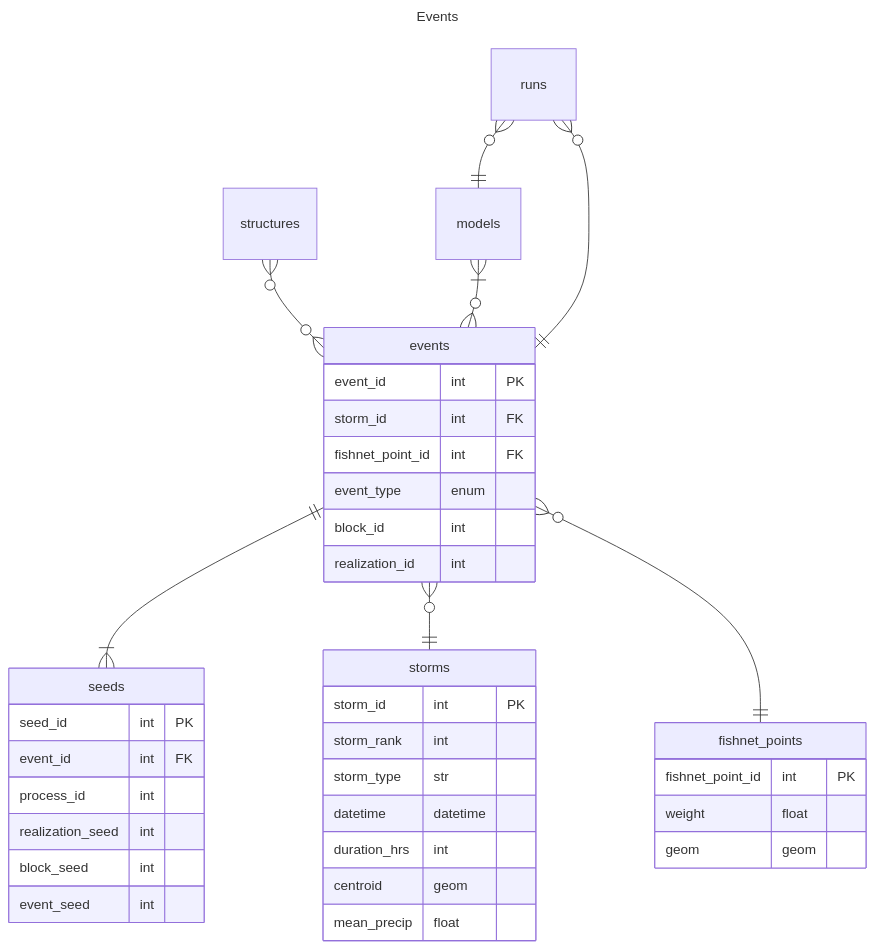
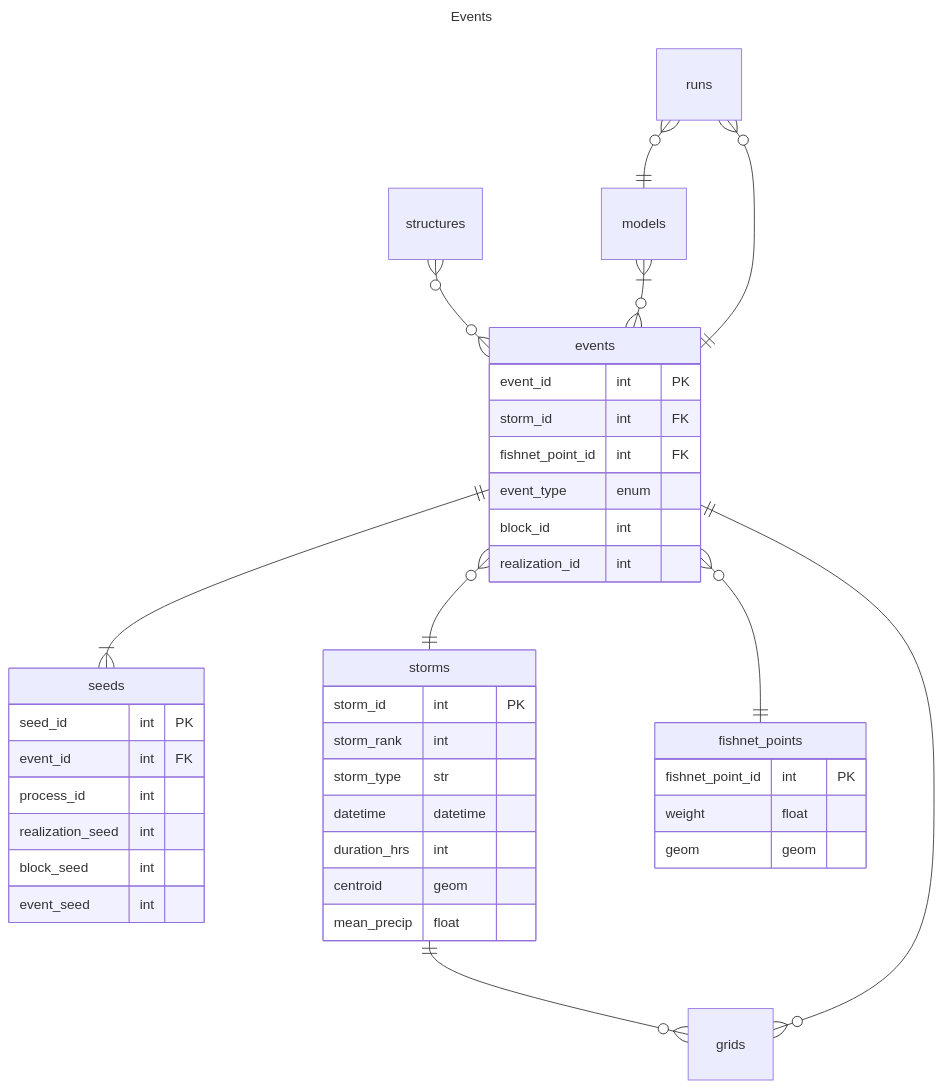
Before and after one commit to fema-ffrd/ffrd-data-model: the diagram in rdb/events.mmd, drawn with Mermaid. The commit also changed 4 other files, not shown here.

```diff
--- a/rdb/events.mmd
+++ b/rdb/events.mmd
@@ -1,50 +1,54 @@
 ---
 title: Events
 ---
 
 erDiagram
     events ||--|{ seeds : ""
     events }o--|| storms : ""
     events }o--|| fishnet_points : ""
     structures }o--o{ events : ""
     models }|--o{ events : ""
     runs }o--|| models : ""
     runs }o--|| events : ""
+    storms ||--o{ grids : ""
+    events ||--o{ grids : ""
 
 
     storms {
         storm_id int PK
         storm_rank int
         storm_type str
         datetime datetime
         duration_hrs int
         centroid geom
         mean_precip float
     }
     fishnet_points {
         fishnet_point_id int PK
         weight float
         geom geom
     }
     events {
         event_id int PK
         storm_id int FK
         fishnet_point_id int FK
         event_type enum
         block_id int
         realization_id int
     }
     seeds {
         seed_id int PK
         event_id int FK
         process_id int
         realization_seed int
         block_seed int
         event_seed int
     }
     structures {
     }
     events {
     }
     runs {
     }
+    grids {
+    }
```
